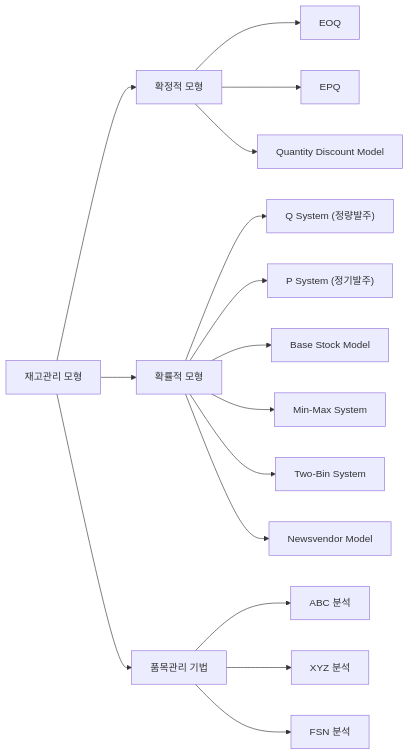
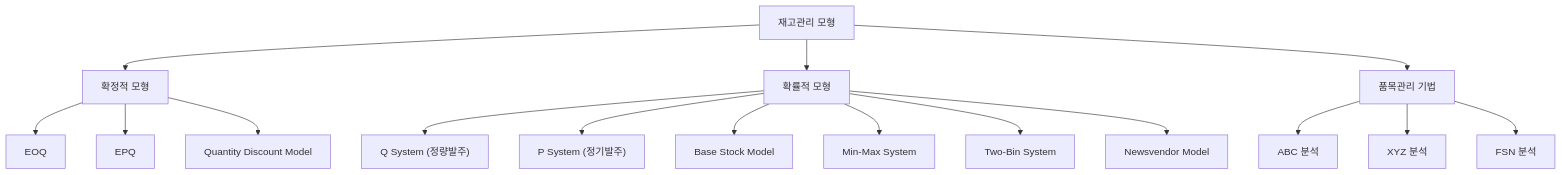
The fourth of 4 diagrams in docs/0204_logistics_material_and_inventory_management.md (yeonkyupark/pepc3e), drawn with Mermaid before and after one commit. The commit also changed other lines of this file, not shown here.

````diff
--- a/docs/0204_logistics_material_and_inventory_management.md
+++ b/docs/0204_logistics_material_and_inventory_management.md
@@ -357,24 +354,24 @@
 ```mermaid
-flowchart LR
+flowchart TB
 
     A["재고관리 모형"]
 
     A --> B["확정적 모형"]
     A --> C["확률적 모형"]
     A --> D["품목관리 기법"]
 
     B --> B1["EOQ"]
     B --> B2["EPQ"]
     B --> B3["Quantity Discount Model"]
 
     C --> C1["Q System (정량발주)"]
     C --> C2["P System (정기발주)"]
     C --> C3["Base Stock Model"]
     C --> C4["Min-Max System"]
     C --> C5["Two-Bin System"]
     C --> C6["Newsvendor Model"]
 
     D --> D1["ABC 분석"]
     D --> D2["XYZ 분석"]
     D --> D3["FSN 분석"]
 ```
````
